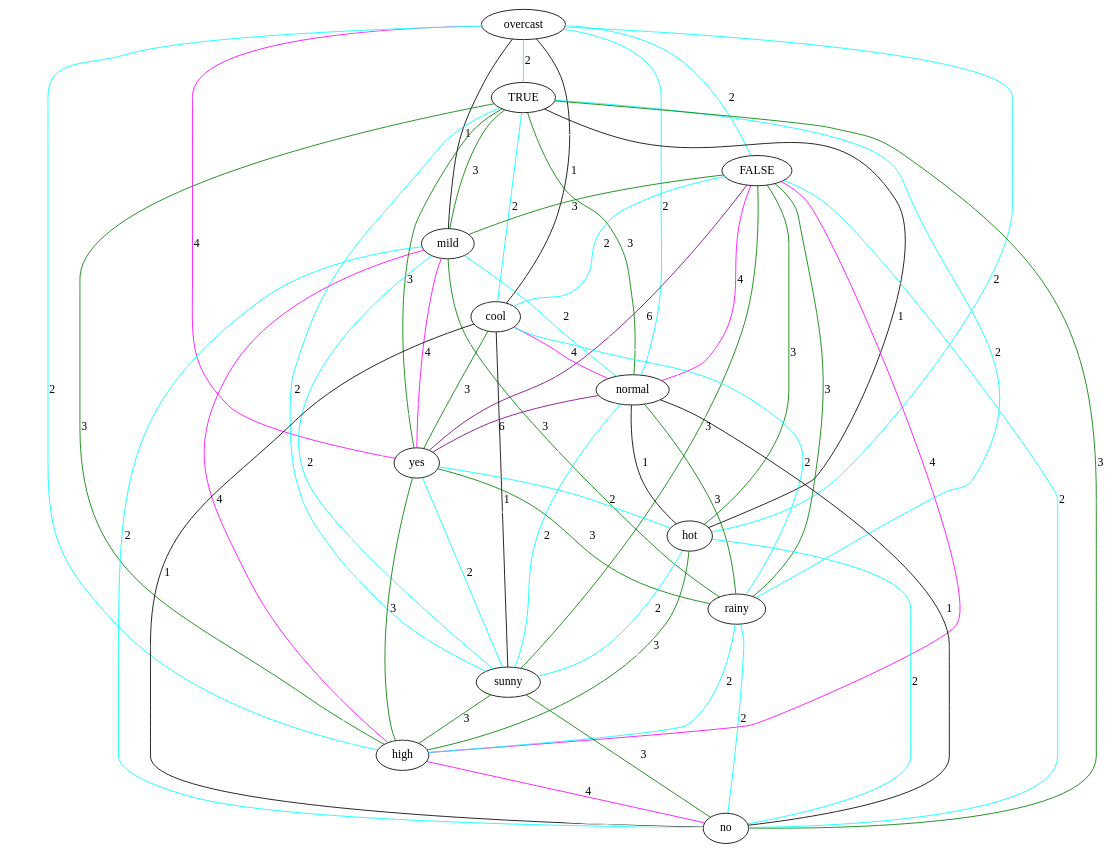
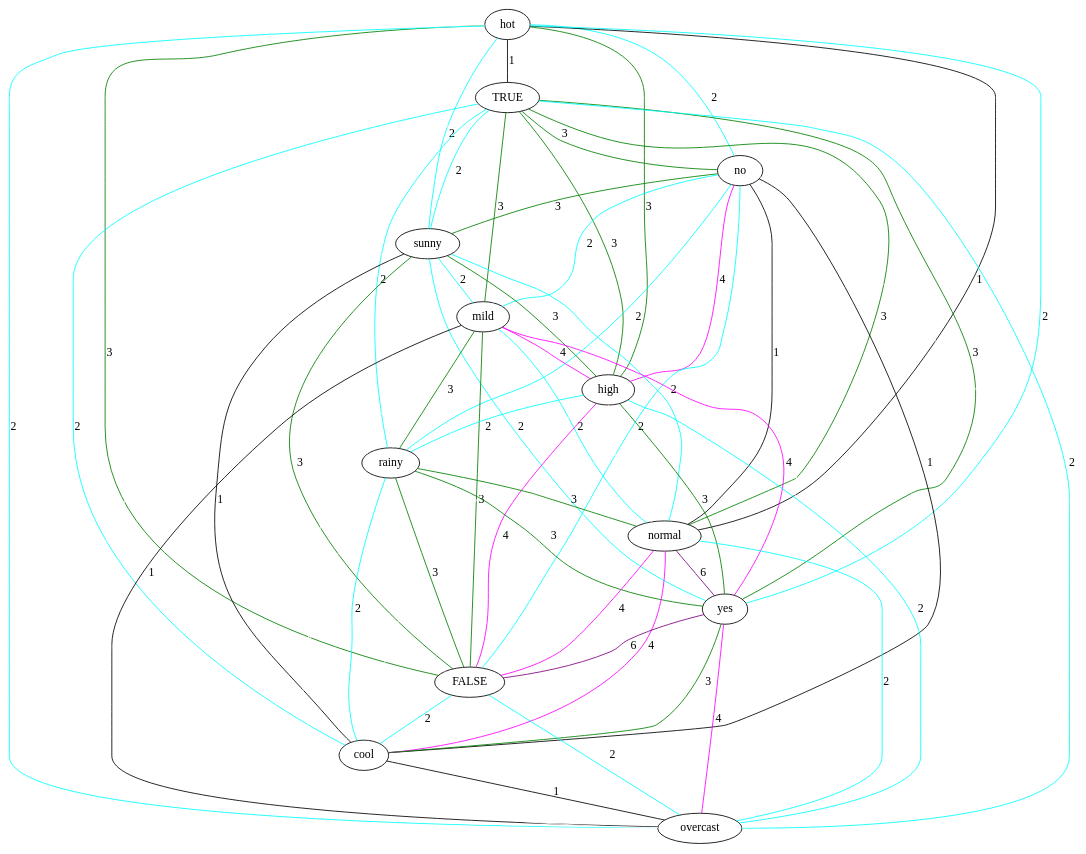
The diagram in src/final/linearGraph.dot (lrodrin/TFG), drawn with Graphviz before and after one commit. The commit also changed 13 other files, not shown here.

```diff
--- a/src/final/linearGraph.dot
+++ b/src/final/linearGraph.dot
@@ -1,80 +1,80 @@
 strict graph "" {
-overcast;
+hot;
 TRUE;
-FALSE;
+no;
+sunny;
 mild;
-cool;
+high;
+rainy;
 normal;
 yes;
-hot;
-rainy;
-sunny;
-high;
-no;
-overcast -- yes  [color=magenta, label=4];
-overcast -- hot  [color=cyan, label=2];
-overcast -- rainy  [color=white];
-overcast -- TRUE  [color=cyan, label=2];
-overcast -- FALSE  [color=cyan, label=2];
-overcast -- mild  [color=black, label=1];
-overcast -- cool  [color=black, label=1];
-overcast -- normal  [color=cyan, label=2];
-overcast -- high  [color=cyan, label=2];
-overcast -- no  [color=white];
-overcast -- sunny  [color=white];
+FALSE;
+cool;
+overcast;
+hot -- FALSE  [color=green, label=3];
+hot -- overcast  [color=cyan, label=2];
+hot -- TRUE  [color=black, label=1];
+hot -- no  [color=cyan, label=2];
+hot -- normal  [color=black, label=1];
+hot -- yes  [color=cyan, label=2];
+hot -- sunny  [color=cyan, label=2];
+hot -- mild  [color=white];
+hot -- high  [color=green, label=3];
+hot -- rainy  [color=white];
+hot -- cool  [color=white];
+TRUE -- FALSE  [color=white];
+TRUE -- overcast  [color=cyan, label=2];
+TRUE -- normal  [color=green, label=3];
+TRUE -- no  [color=green, label=3];
 TRUE -- yes  [color=green, label=3];
-TRUE -- hot  [color=black, label=1];
+TRUE -- sunny  [color=cyan, label=2];
+TRUE -- mild  [color=green, label=3];
+TRUE -- high  [color=green, label=3];
 TRUE -- rainy  [color=cyan, label=2];
-TRUE -- sunny  [color=cyan, label=2];
-TRUE -- FALSE  [color=white];
-TRUE -- mild  [color=green, label=3];
 TRUE -- cool  [color=cyan, label=2];
-TRUE -- normal  [color=green, label=3];
-TRUE -- high  [color=green, label=3];
-TRUE -- no  [color=green, label=3];
-FALSE -- yes  [color=purple, label=6];
-FALSE -- hot  [color=green, label=3];
-FALSE -- rainy  [color=green, label=3];
-FALSE -- mild  [color=green, label=3];
+no -- FALSE  [color=cyan, label=2];
+no -- overcast  [color=white];
+no -- normal  [color=black, label=1];
+no -- yes  [color=white];
+no -- sunny  [color=green, label=3];
+no -- mild  [color=cyan, label=2];
+no -- high  [color=magenta, label=4];
+no -- rainy  [color=cyan, label=2];
+no -- cool  [color=black, label=1];
+sunny -- FALSE  [color=green, label=3];
+sunny -- overcast  [color=white];
+sunny -- normal  [color=cyan, label=2];
+sunny -- yes  [color=cyan, label=2];
+sunny -- mild  [color=cyan, label=2];
+sunny -- high  [color=green, label=3];
+sunny -- rainy  [color=white];
+sunny -- cool  [color=black, label=1];
+mild -- overcast  [color=black, label=1];
+mild -- normal  [color=cyan, label=2];
+mild -- yes  [color=magenta, label=4];
+mild -- FALSE  [color=green, label=3];
+mild -- high  [color=magenta, label=4];
+mild -- rainy  [color=green, label=3];
+mild -- cool  [color=white];
+high -- FALSE  [color=magenta, label=4];
+high -- overcast  [color=cyan, label=2];
+high -- normal  [color=white];
+high -- yes  [color=green, label=3];
+high -- rainy  [color=cyan, label=2];
+high -- cool  [color=white];
+rainy -- FALSE  [color=green, label=3];
+rainy -- normal  [color=green, label=3];
+rainy -- yes  [color=green, label=3];
+rainy -- cool  [color=cyan, label=2];
+rainy -- overcast  [color=white];
+normal -- FALSE  [color=magenta, label=4];
+normal -- overcast  [color=cyan, label=2];
+normal -- yes  [color=purple, label=6];
+normal -- cool  [color=magenta, label=4];
+yes -- FALSE  [color=purple, label=6];
+yes -- overcast  [color=magenta, label=4];
+yes -- cool  [color=green, label=3];
+FALSE -- overcast  [color=cyan, label=2];
 FALSE -- cool  [color=cyan, label=2];
-FALSE -- normal  [color=magenta, label=4];
-FALSE -- high  [color=magenta, label=4];
-FALSE -- no  [color=cyan, label=2];
-FALSE -- sunny  [color=green, label=3];
-mild -- yes  [color=magenta, label=4];
-mild -- hot  [color=white];
-mild -- rainy  [color=green, label=3];
-mild -- high  [color=magenta, label=4];
-mild -- cool  [color=white];
-mild -- normal  [color=cyan, label=2];
-mild -- no  [color=cyan, label=2];
-mild -- sunny  [color=cyan, label=2];
-cool -- yes  [color=green, label=3];
-cool -- hot  [color=white];
-cool -- rainy  [color=cyan, label=2];
-cool -- normal  [color=magenta, label=4];
-cool -- high  [color=white];
-cool -- no  [color=black, label=1];
-cool -- sunny  [color=black, label=1];
-normal -- yes  [color=purple, label=6];
-normal -- hot  [color=black, label=1];
-normal -- rainy  [color=green, label=3];
-normal -- no  [color=black, label=1];
-normal -- high  [color=white];
-normal -- sunny  [color=cyan, label=2];
-yes -- hot  [color=cyan, label=2];
-yes -- rainy  [color=green, label=3];
-yes -- high  [color=green, label=3];
-yes -- no  [color=white];
-yes -- sunny  [color=cyan, label=2];
-hot -- rainy  [color=white];
-hot -- high  [color=green, label=3];
-hot -- no  [color=cyan, label=2];
-hot -- sunny  [color=cyan, label=2];
-rainy -- high  [color=cyan, label=2];
-rainy -- no  [color=cyan, label=2];
-rainy -- sunny  [color=white];
-sunny -- high  [color=green, label=3];
-sunny -- no  [color=green, label=3];
-high -- no  [color=magenta, label=4];
+cool -- overcast  [color=black, label=1];
 }
```
